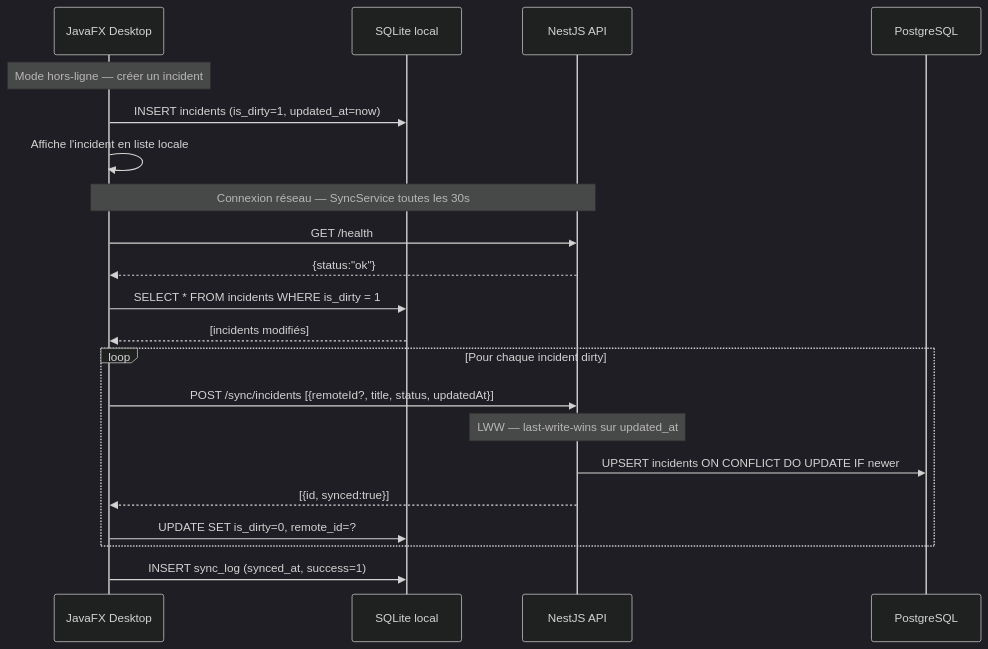
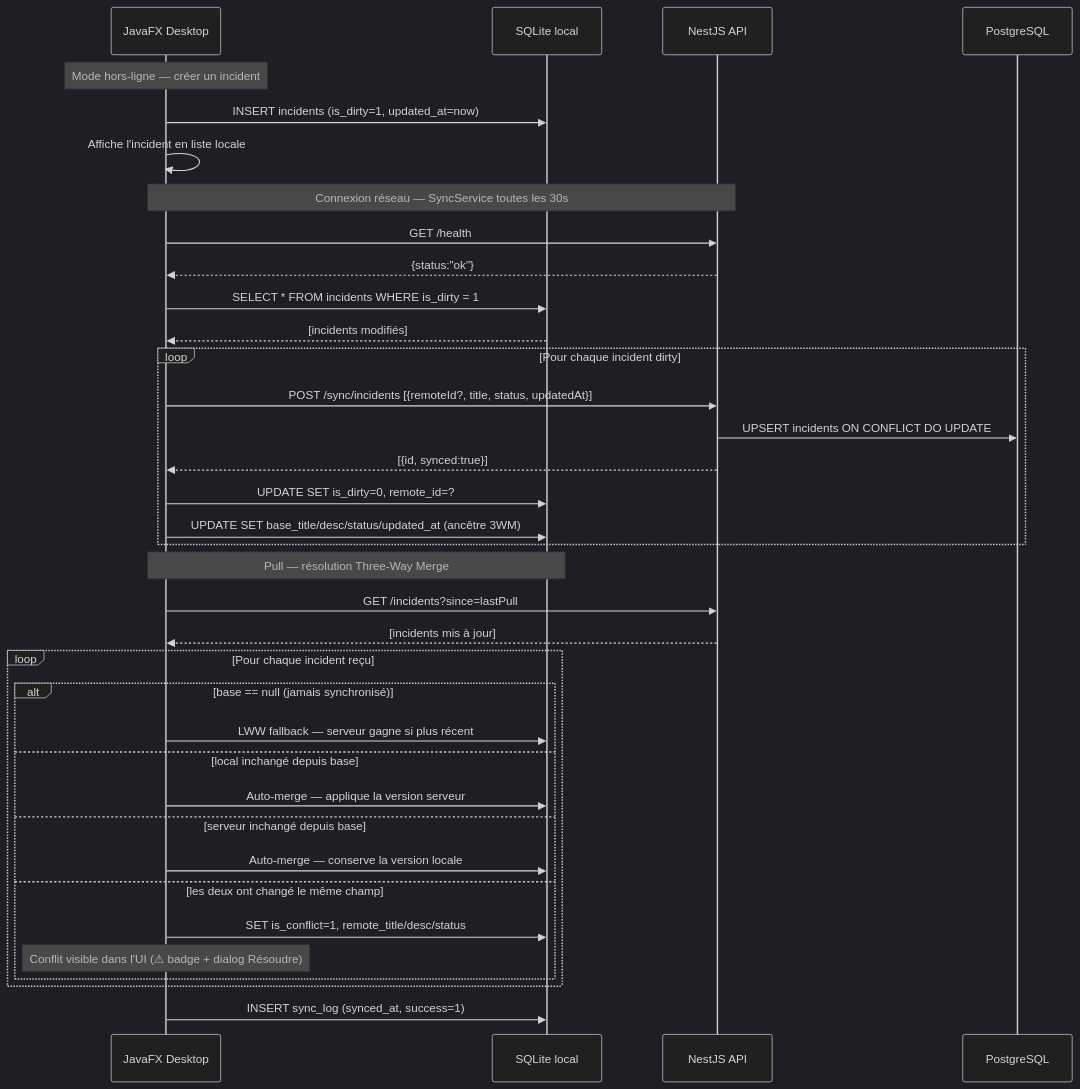
One commit to creibaud/QuartierConnect changed the eighth of 16 diagrams in docs/ARCHITECTURE.md. Above: the diagram before and after it, drawn with Mermaid (dark theme). The commit also changed 9 other files, not shown here.

Commit message:
feat: implement three-way merge for incident synchronization and conflict resolution

````diff
--- a/docs/ARCHITECTURE.md
+++ b/docs/ARCHITECTURE.md
@@ -327,27 +327,43 @@
 ```mermaid
 sequenceDiagram
     participant Java as JavaFX Desktop
     participant SQLite as SQLite local
     participant API as NestJS API
     participant PG as PostgreSQL
 
     Note over Java: Mode hors-ligne — créer un incident
     Java->>SQLite: INSERT incidents (is_dirty=1, updated_at=now)
     Java->>Java: Affiche l'incident en liste locale
 
     Note over Java,API: Connexion réseau — SyncService toutes les 30s
     Java->>API: GET /health
     API-->>Java: {status:"ok"}
 
     Java->>SQLite: SELECT * FROM incidents WHERE is_dirty = 1
     SQLite-->>Java: [incidents modifiés]
 
     loop Pour chaque incident dirty
         Java->>API: POST /sync/incidents [{remoteId?, title, status, updatedAt}]
-        Note over API: LWW — last-write-wins sur updated_at
-        API->>PG: UPSERT incidents ON CONFLICT DO UPDATE IF newer
+        API->>PG: UPSERT incidents ON CONFLICT DO UPDATE
         API-->>Java: [{id, synced:true}]
         Java->>SQLite: UPDATE SET is_dirty=0, remote_id=?
+        Java->>SQLite: UPDATE SET base_title/desc/status/updated_at (ancêtre 3WM)
+    end
+
+    Note over Java,SQLite: Pull — résolution Three-Way Merge
+    Java->>API: GET /incidents?since=lastPull
+    API-->>Java: [incidents mis à jour]
+    loop Pour chaque incident reçu
+        alt base == null (jamais synchronisé)
+            Java->>SQLite: LWW fallback — serveur gagne si plus récent
+        else local inchangé depuis base
+            Java->>SQLite: Auto-merge — applique la version serveur
+        else serveur inchangé depuis base
+            Java->>SQLite: Auto-merge — conserve la version locale
+        else les deux ont changé le même champ
+            Java->>SQLite: SET is_conflict=1, remote_title/desc/status
+            Note over Java: Conflit visible dans l'UI (⚠ badge + dialog Résoudre)
+        end
     end
     Java->>SQLite: INSERT sync_log (synced_at, success=1)
 ```
````
